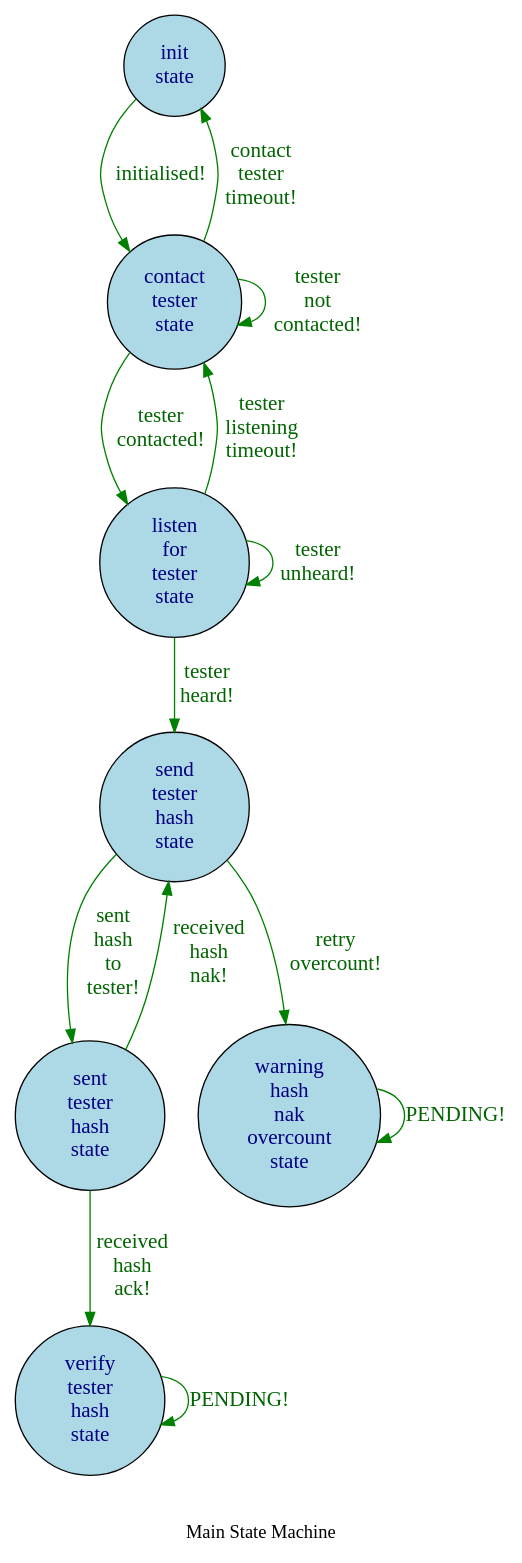
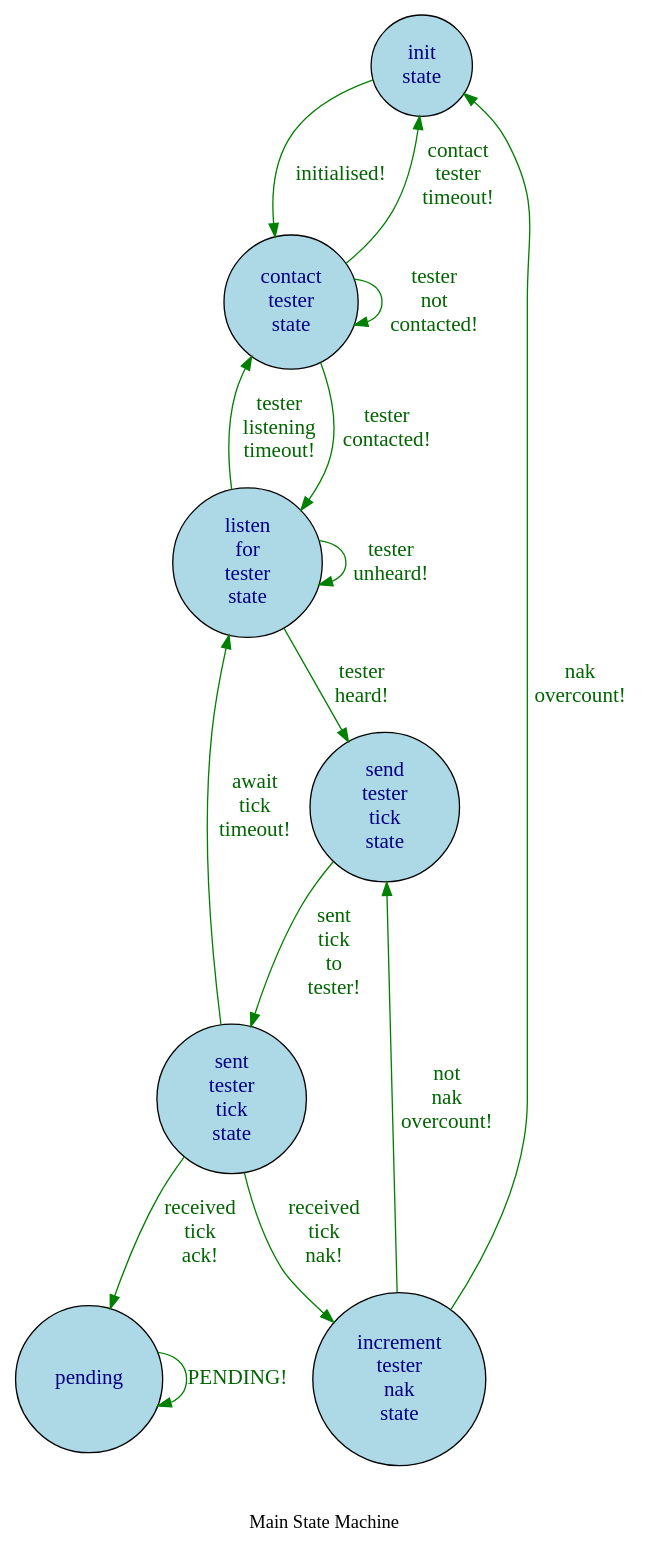
One commit to mjago/sprockets changed the diagram in lib/temp_tertiary_state_machine.dot. Above: the diagram before and after it, drawn with Graphviz. The commit also changed 9 other files, not shown here.

Commit message:
added nak overcount to dev

```diff
--- a/lib/temp_tertiary_state_machine.dot
+++ b/lib/temp_tertiary_state_machine.dot
@@ -1,31 +1,33 @@
 digraph draw_state_machine {
   graph [bgcolor = white, label = "\n\nMain State Machine", rankdir = "UD"];
   edge [color = green, fontcolor = darkgreen, fontname = "verdana", fontsize = "16", url = "http://google.com"];
   node [color = black, fillcolor = lightblue, fontcolor = navyblue, fontname = "verdana", fontsize = "16", shape = circle, style = filled, url = "http://google.com"];
   init_state [label = "init\nstate"];
   init_state -> contact_tester_state [label = "initialised!"];
   contact_tester_state [label = "contact\ntester\nstate"];
   contact_tester_state -> contact_tester_state [label = "tester\nnot\ncontacted!"];
   contact_tester_state [label = "contact\ntester\nstate"];
   contact_tester_state -> listen_for_tester_state [label = "tester\ncontacted!"];
   contact_tester_state [label = "contact\ntester\nstate"];
   contact_tester_state -> init_state [label = "contact\ntester\ntimeout!"];
   listen_for_tester_state [label = "listen\nfor\ntester\nstate"];
   listen_for_tester_state -> listen_for_tester_state [label = "tester\nunheard!"];
   listen_for_tester_state [label = "listen\nfor\ntester\nstate"];
-  listen_for_tester_state -> send_tester_hash_state [label = "tester\nheard!"];
+  listen_for_tester_state -> send_tester_tick_state [label = "tester\nheard!"];
   listen_for_tester_state [label = "listen\nfor\ntester\nstate"];
   listen_for_tester_state -> contact_tester_state [label = "tester\nlistening\ntimeout!"];
-  send_tester_hash_state [label = "send\ntester\nhash\nstate"];
-  send_tester_hash_state -> sent_tester_hash_state [label = "sent\nhash\nto\ntester!"];
-  send_tester_hash_state [label = "send\ntester\nhash\nstate"];
-  send_tester_hash_state -> warning_hash_nak_overcount_state [label = "retry\novercount!"];
-  sent_tester_hash_state [label = "sent\ntester\nhash\nstate"];
-  sent_tester_hash_state -> verify_tester_hash_state [label = "received\nhash\nack!"];
-  sent_tester_hash_state [label = "sent\ntester\nhash\nstate"];
-  sent_tester_hash_state -> send_tester_hash_state [label = "received\nhash\nnak!"];
-  warning_hash_nak_overcount_state [label = "warning\nhash\nnak\novercount\nstate"];
-  warning_hash_nak_overcount_state -> warning_hash_nak_overcount_state [label = "PENDING!"];
-  verify_tester_hash_state [label = "verify\ntester\nhash\nstate"];
-  verify_tester_hash_state -> verify_tester_hash_state [label = "PENDING!"];
+  send_tester_tick_state [label = "send\ntester\ntick\nstate"];
+  send_tester_tick_state -> sent_tester_tick_state [label = "sent\ntick\nto\ntester!"];
+  sent_tester_tick_state [label = "sent\ntester\ntick\nstate"];
+  sent_tester_tick_state -> pending [label = "received\ntick\nack!"];
+  sent_tester_tick_state [label = "sent\ntester\ntick\nstate"];
+  sent_tester_tick_state -> increment_tester_nak_state [label = "received\ntick\nnak!"];
+  sent_tester_tick_state [label = "sent\ntester\ntick\nstate"];
+  sent_tester_tick_state -> listen_for_tester_state [label = "await\ntick\ntimeout!"];
+  increment_tester_nak_state [label = "increment\ntester\nnak\nstate"];
+  increment_tester_nak_state -> init_state [label = "nak\novercount!"];
+  increment_tester_nak_state [label = "increment\ntester\nnak\nstate"];
+  increment_tester_nak_state -> send_tester_tick_state [label = "not\nnak\novercount!"];
+  pending [label = "pending"];
+  pending -> pending [label = "PENDING!"];
 }
```
